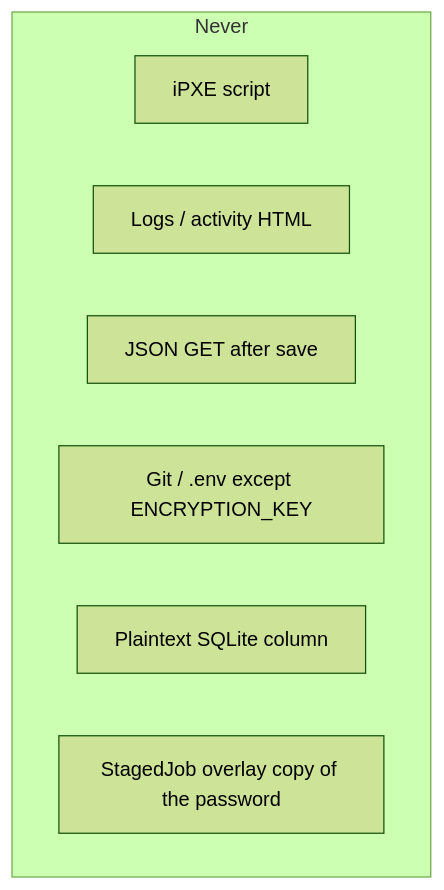
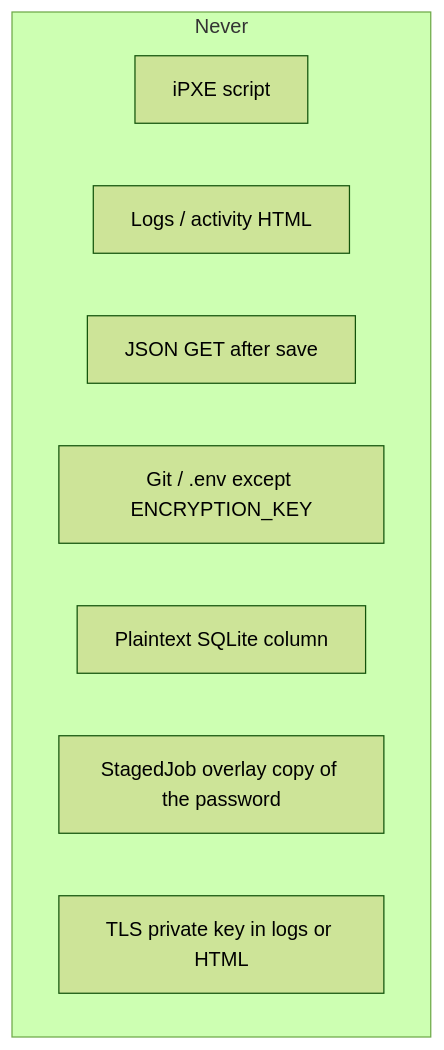
One commit to hometinker12/home-lab-pxe changed diagram 20 of 24 in ARCHITECTURE.md. Above: the diagram before and after it, drawn with Mermaid (forest theme). The commit also changed other lines of this file and 47 other files, not shown here.

````diff
--- a/ARCHITECTURE.md
+++ b/ARCHITECTURE.md
@@ -437,11 +449,12 @@
 ```mermaid
 flowchart TB
   subgraph never["Never"]
     N1["iPXE script"]
     N2["Logs / activity HTML"]
     N3["JSON GET after save"]
     N4["Git / .env except ENCRYPTION_KEY"]
     N5["Plaintext SQLite column"]
     N6["StagedJob overlay copy of the password"]
+    N7["TLS private key in logs or HTML"]
   end
 ```
````
